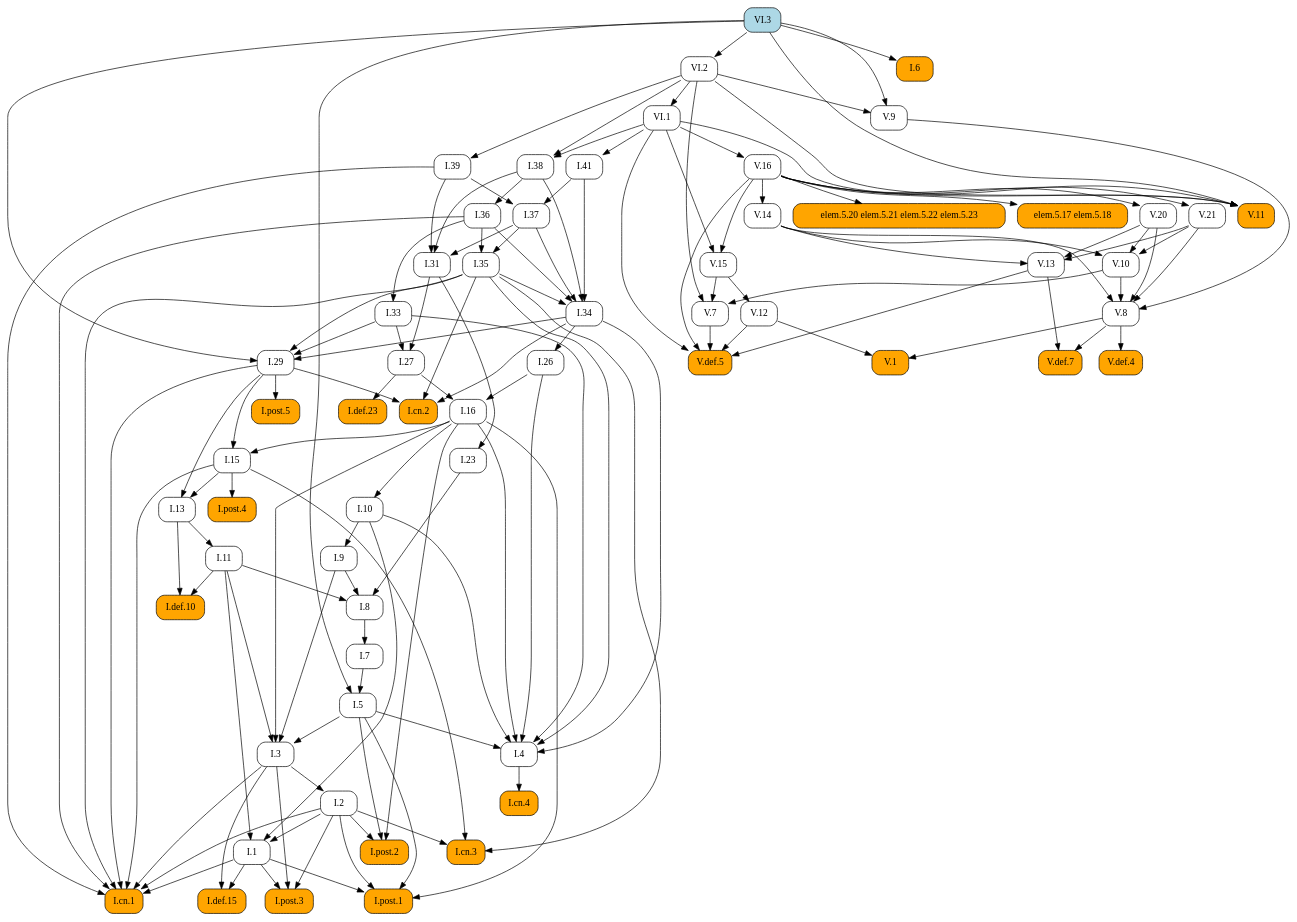
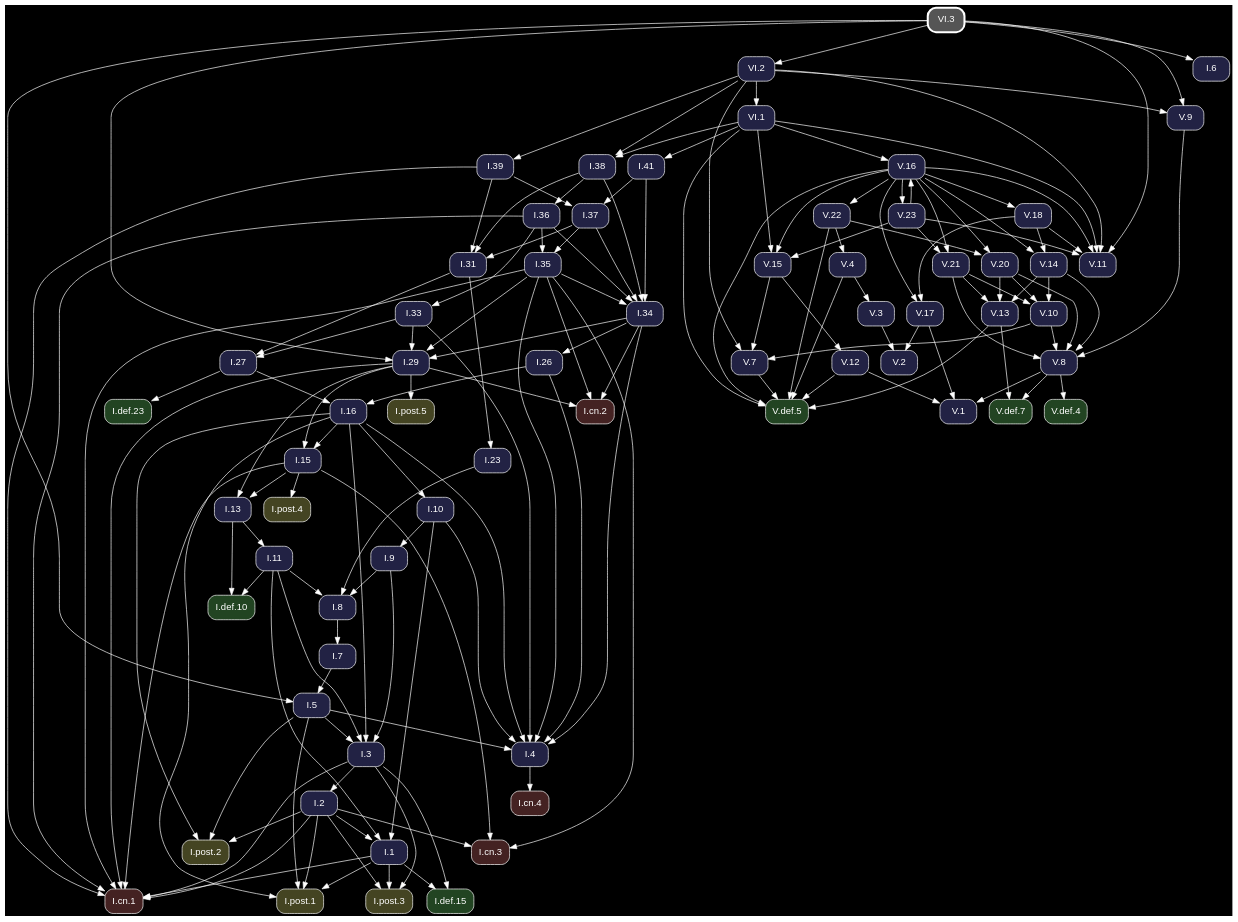
Before and after one commit to geometor/elements: the diagram in docsrc/heath/VI/3/index.rst, drawn with Graphviz. The commit also changed other lines of this file and 1200 other files, not shown here.

Commit message:
update dependency graphs

```diff
--- a/docsrc/heath/VI/3/index.rst
+++ b/docsrc/heath/VI/3/index.rst
@@ -78,126 +78,78 @@
 .. graphviz::
 
    digraph {
+     bgcolor="black";
+     node [shape=box, style="rounded,filled", fontname="Helvetica", color="white", fontcolor="white"];
+     edge [color="white", fontcolor="white"];
      rankdir="TB";
-     node [shape=box, style=rounded];
-     "V.16" [URL="/heath/V/16/", target="_top"];
-     "I.23" [URL="/heath/I/23/", target="_top"];
-     "I.9" [URL="/heath/I/9/", target="_top"];
-     "I.33" [URL="/heath/I/33/", target="_top"];
-     "I.def.15" [style="rounded,filled", fillcolor=orange, URL="/heath/I/def.15/", target="_top"];
-     "V.13" [URL="/heath/V/13/", target="_top"];
-     "V.7" [URL="/heath/V/7/", target="_top"];
-     "elem.5.17 elem.5.18" [style="rounded,filled", fillcolor=orange];
-     "I.post.3" [style="rounded,filled", fillcolor=orange, URL="/heath/I/post.3/", target="_top"];
-     "I.post.1" [style="rounded,filled", fillcolor=orange, URL="/heath/I/post.1/", target="_top"];
-     "V.14" [URL="/heath/V/14/", target="_top"];
-     "V.def.5" [style="rounded,filled", fillcolor=orange, URL="/heath/V/def.5/", target="_top"];
-     "V.9" [URL="/heath/V/9/", target="_top"];
-     "I.31" [URL="/heath/I/31/", target="_top"];
-     "I.def.10" [style="rounded,filled", fillcolor=orange, URL="/heath/I/def.10/", target="_top"];
-     "V.10" [URL="/heath/V/10/", target="_top"];
-     "VI.1" [URL="/heath/VI/1/", target="_top"];
-     "I.27" [URL="/heath/I/27/", target="_top"];
-     "I.39" [URL="/heath/I/39/", target="_top"];
-     "V.20" [URL="/heath/V/20/", target="_top"];
-     "V.11" [style="rounded,filled", fillcolor=orange, URL="/heath/V/11/", target="_top"];
-     "I.34" [URL="/heath/I/34/", target="_top"];
-     "V.12" [URL="/heath/V/12/", target="_top"];
-     "I.3" [URL="/heath/I/3/", target="_top"];
-     "V.def.4" [style="rounded,filled", fillcolor=orange, URL="/heath/V/def.4/", target="_top"];
-     "I.35" [URL="/heath/I/35/", target="_top"];
-     "I.cn.1" [style="rounded,filled", fillcolor=orange, URL="/heath/I/cn.1/", target="_top"];
-     "V.def.7" [style="rounded,filled", fillcolor=orange, URL="/heath/V/def.7/", target="_top"];
-     "I.7" [URL="/heath/I/7/", target="_top"];
-     "I.2" [URL="/heath/I/2/", target="_top"];
-     "V.21" [URL="/heath/V/21/", target="_top"];
-     "I.36" [URL="/heath/I/36/", target="_top"];
-     "I.13" [URL="/heath/I/13/", target="_top"];
-     "I.post.4" [style="rounded,filled", fillcolor=orange, URL="/heath/I/post.4/", target="_top"];
-     "I.4" [URL="/heath/I/4/", target="_top"];
-     "I.1" [URL="/heath/I/1/", target="_top"];
-     "I.5" [URL="/heath/I/5/", target="_top"];
-     "I.37" [URL="/heath/I/37/", target="_top"];
-     "I.8" [URL="/heath/I/8/", target="_top"];
-     "VI.3" [style="rounded,filled", fillcolor=lightblue, URL="/heath/VI/3/", target="_top"];
-     "I.29" [URL="/heath/I/29/", target="_top"];
-     "I.cn.3" [style="rounded,filled", fillcolor=orange, URL="/heath/I/cn.3/", target="_top"];
-     "I.16" [URL="/heath/I/16/", target="_top"];
-     "I.38" [URL="/heath/I/38/", target="_top"];
-     "V.8" [URL="/heath/V/8/", target="_top"];
-     "I.15" [URL="/heath/I/15/", target="_top"];
-     "V.1" [style="rounded,filled", fillcolor=orange, URL="/heath/V/1/", target="_top"];
-     "I.11" [URL="/heath/I/11/", target="_top"];
-     "I.def.23" [style="rounded,filled", fillcolor=orange, URL="/heath/I/def.23/", target="_top"];
-     "I.10" [URL="/heath/I/10/", target="_top"];
-     "I.cn.2" [style="rounded,filled", fillcolor=orange, URL="/heath/I/cn.2/", target="_top"];
-     "I.post.5" [style="rounded,filled", fillcolor=orange, URL="/heath/I/post.5/", target="_top"];
-     "VI.2" [URL="/heath/VI/2/", target="_top"];
-     "I.cn.4" [style="rounded,filled", fillcolor=orange, URL="/heath/I/cn.4/", target="_top"];
-     "I.post.2" [style="rounded,filled", fillcolor=orange, URL="/heath/I/post.2/", target="_top"];
-     "I.41" [URL="/heath/I/41/", target="_top"];
-     "V.15" [URL="/heath/V/15/", target="_top"];
-     "I.26" [URL="/heath/I/26/", target="_top"];
-     "I.6" [style="rounded,filled", fillcolor=orange, URL="/heath/I/6/", target="_top"];
-     "elem.5.20 elem.5.21 elem.5.22 elem.5.23" [style="rounded,filled", fillcolor=orange];
-     "VI.1" -> "V.16";
-     "I.31" -> "I.23";
-     "I.10" -> "I.9";
-     "I.36" -> "I.33";
-     "I.1" -> "I.def.15";
-     "I.3" -> "I.def.15";
-     "V.14" -> "V.13";
-     "V.20" -> "V.13";
-     "V.21" -> "V.13";
-     "V.10" -> "V.7";
-     "V.15" -> "V.7";
-     "VI.2" -> "V.7";
-     "V.16" -> "elem.5.17 elem.5.18";
-     "I.1" -> "I.post.3";
-     "I.2" -> "I.post.3";
-     "I.3" -> "I.post.3";
-     "I.1" -> "I.post.1";
-     "I.2" -> "I.post.1";
-     "I.5" -> "I.post.1";
-     "I.16" -> "I.post.1";
-     "V.16" -> "V.14";
-     "V.7" -> "V.def.5";
-     "V.12" -> "V.def.5";
-     "V.13" -> "V.def.5";
-     "V.16" -> "V.def.5";
-     "VI.1" -> "V.def.5";
-     "VI.2" -> "V.9";
-     "VI.3" -> "V.9";
-     "I.37" -> "I.31";
-     "I.38" -> "I.31";
-     "I.39" -> "I.31";
-     "I.11" -> "I.def.10";
-     "I.13" -> "I.def.10";
-     "V.14" -> "V.10";
-     "V.20" -> "V.10";
-     "V.21" -> "V.10";
-     "VI.2" -> "VI.1";
-     "I.31" -> "I.27";
-     "I.33" -> "I.27";
-     "VI.2" -> "I.39";
-     "V.16" -> "V.20";
-     "V.16" -> "V.11";
-     "VI.1" -> "V.11";
-     "VI.2" -> "V.11";
-     "VI.3" -> "V.11";
-     "I.35" -> "I.34";
-     "I.36" -> "I.34";
-     "I.37" -> "I.34";
-     "I.38" -> "I.34";
-     "I.41" -> "I.34";
-     "V.15" -> "V.12";
-     "I.5" -> "I.3";
-     "I.9" -> "I.3";
-     "I.11" -> "I.3";
-     "I.16" -> "I.3";
-     "V.8" -> "V.def.4";
-     "I.36" -> "I.35";
-     "I.37" -> "I.35";
+     "V.15" [fillcolor="#222244", URL="/heath/V/15/", target="_top"];
+     "I.cn.1" [fillcolor="#442222", URL="/heath/I/cn.1/", target="_top"];
+     "V.18" [fillcolor="#222244", URL="/heath/V/18/", target="_top"];
+     "V.14" [fillcolor="#222244", URL="/heath/V/14/", target="_top"];
+     "I.27" [fillcolor="#222244", URL="/heath/I/27/", target="_top"];
+     "V.23" [fillcolor="#222244", URL="/heath/V/23/", target="_top"];
+     "I.2" [fillcolor="#222244", URL="/heath/I/2/", target="_top"];
+     "I.41" [fillcolor="#222244", URL="/heath/I/41/", target="_top"];
+     "I.post.4" [fillcolor="#444422", URL="/heath/I/post.4/", target="_top"];
+     "I.26" [fillcolor="#222244", URL="/heath/I/26/", target="_top"];
+     "I.8" [fillcolor="#222244", URL="/heath/I/8/", target="_top"];
+     "V.4" [fillcolor="#222244", URL="/heath/V/4/", target="_top"];
+     "V.16" [fillcolor="#222244", URL="/heath/V/16/", target="_top"];
+     "VI.2" [fillcolor="#222244", URL="/heath/VI/2/", target="_top"];
+     "I.7" [fillcolor="#222244", URL="/heath/I/7/", target="_top"];
+     "I.5" [fillcolor="#222244", URL="/heath/I/5/", target="_top"];
+     "V.11" [fillcolor="#222244", URL="/heath/V/11/", target="_top"];
+     "V.def.4" [fillcolor="#224422", URL="/heath/V/def.4/", target="_top"];
+     "V.20" [fillcolor="#222244", URL="/heath/V/20/", target="_top"];
+     "I.11" [fillcolor="#222244", URL="/heath/I/11/", target="_top"];
+     "I.37" [fillcolor="#222244", URL="/heath/I/37/", target="_top"];
+     "I.cn.3" [fillcolor="#442222", URL="/heath/I/cn.3/", target="_top"];
+     "I.36" [fillcolor="#222244", URL="/heath/I/36/", target="_top"];
+     "I.38" [fillcolor="#222244", URL="/heath/I/38/", target="_top"];
+     "I.post.2" [fillcolor="#444422", URL="/heath/I/post.2/", target="_top"];
+     "I.def.23" [fillcolor="#224422", URL="/heath/I/def.23/", target="_top"];
+     "I.35" [fillcolor="#222244", URL="/heath/I/35/", target="_top"];
+     "I.post.3" [fillcolor="#444422", URL="/heath/I/post.3/", target="_top"];
+     "V.13" [fillcolor="#222244", URL="/heath/V/13/", target="_top"];
+     "V.8" [fillcolor="#222244", URL="/heath/V/8/", target="_top"];
+     "I.33" [fillcolor="#222244", URL="/heath/I/33/", target="_top"];
+     "VI.3" [penwidth=3, color="white", fillcolor="#555555", URL="/heath/VI/3/", target="_top"];
+     "V.10" [fillcolor="#222244", URL="/heath/V/10/", target="_top"];
+     "V.def.5" [fillcolor="#224422", URL="/heath/V/def.5/", target="_top"];
+     "V.22" [fillcolor="#222244", URL="/heath/V/22/", target="_top"];
+     "I.6" [fillcolor="#222244", URL="/heath/I/6/", target="_top"];
+     "I.31" [fillcolor="#222244", URL="/heath/I/31/", target="_top"];
+     "I.3" [fillcolor="#222244", URL="/heath/I/3/", target="_top"];
+     "V.12" [fillcolor="#222244", URL="/heath/V/12/", target="_top"];
+     "I.def.10" [fillcolor="#224422", URL="/heath/I/def.10/", target="_top"];
+     "I.15" [fillcolor="#222244", URL="/heath/I/15/", target="_top"];
+     "I.39" [fillcolor="#222244", URL="/heath/I/39/", target="_top"];
+     "I.13" [fillcolor="#222244", URL="/heath/I/13/", target="_top"];
+     "I.cn.2" [fillcolor="#442222", URL="/heath/I/cn.2/", target="_top"];
+     "I.9" [fillcolor="#222244", URL="/heath/I/9/", target="_top"];
+     "I.1" [fillcolor="#222244", URL="/heath/I/1/", target="_top"];
+     "I.post.5" [fillcolor="#444422", URL="/heath/I/post.5/", target="_top"];
+     "I.23" [fillcolor="#222244", URL="/heath/I/23/", target="_top"];
+     "I.4" [fillcolor="#222244", URL="/heath/I/4/", target="_top"];
+     "V.7" [fillcolor="#222244", URL="/heath/V/7/", target="_top"];
+     "V.9" [fillcolor="#222244", URL="/heath/V/9/", target="_top"];
+     "VI.1" [fillcolor="#222244", URL="/heath/VI/1/", target="_top"];
+     "I.10" [fillcolor="#222244", URL="/heath/I/10/", target="_top"];
+     "V.def.7" [fillcolor="#224422", URL="/heath/V/def.7/", target="_top"];
+     "I.post.1" [fillcolor="#444422", URL="/heath/I/post.1/", target="_top"];
+     "I.16" [fillcolor="#222244", URL="/heath/I/16/", target="_top"];
+     "I.29" [fillcolor="#222244", URL="/heath/I/29/", target="_top"];
+     "I.cn.4" [fillcolor="#442222", URL="/heath/I/cn.4/", target="_top"];
+     "V.2" [fillcolor="#222244", URL="/heath/V/2/", target="_top"];
+     "V.1" [fillcolor="#222244", URL="/heath/V/1/", target="_top"];
+     "V.21" [fillcolor="#222244", URL="/heath/V/21/", target="_top"];
+     "I.34" [fillcolor="#222244", URL="/heath/I/34/", target="_top"];
+     "I.def.15" [fillcolor="#224422", URL="/heath/I/def.15/", target="_top"];
+     "V.3" [fillcolor="#222244", URL="/heath/V/3/", target="_top"];
+     "V.17" [fillcolor="#222244", URL="/heath/V/17/", target="_top"];
+     "V.16" -> "V.15";
+     "V.23" -> "V.15";
+     "VI.1" -> "V.15";
      "I.1" -> "I.cn.1";
      "I.2" -> "I.cn.1";
      "I.3" -> "I.cn.1";
@@ -206,15 +158,98 @@
      "I.35" -> "I.cn.1";
      "I.36" -> "I.cn.1";
      "I.39" -> "I.cn.1";
-     "V.8" -> "V.def.7";
-     "V.13" -> "V.def.7";
+     "V.16" -> "V.18";
+     "V.16" -> "V.14";
+     "V.18" -> "V.14";
+     "I.31" -> "I.27";
+     "I.33" -> "I.27";
+     "V.16" -> "V.23";
+     "I.3" -> "I.2";
+     "VI.1" -> "I.41";
+     "I.15" -> "I.post.4";
+     "I.34" -> "I.26";
+     "I.9" -> "I.8";
+     "I.11" -> "I.8";
+     "I.23" -> "I.8";
+     "V.22" -> "V.4";
+     "V.23" -> "V.16";
+     "VI.1" -> "V.16";
+     "VI.3" -> "VI.2";
      "I.8" -> "I.7";
-     "I.3" -> "I.2";
-     "V.16" -> "V.21";
+     "I.7" -> "I.5";
+     "VI.3" -> "I.5";
+     "V.16" -> "V.11";
+     "V.18" -> "V.11";
+     "V.23" -> "V.11";
+     "VI.1" -> "V.11";
+     "VI.2" -> "V.11";
+     "VI.3" -> "V.11";
+     "V.8" -> "V.def.4";
+     "V.16" -> "V.20";
+     "V.22" -> "V.20";
+     "I.13" -> "I.11";
+     "I.39" -> "I.37";
+     "I.41" -> "I.37";
+     "I.2" -> "I.cn.3";
+     "I.15" -> "I.cn.3";
+     "I.35" -> "I.cn.3";
      "I.38" -> "I.36";
+     "VI.1" -> "I.38";
+     "VI.2" -> "I.38";
+     "I.2" -> "I.post.2";
+     "I.5" -> "I.post.2";
+     "I.16" -> "I.post.2";
+     "I.27" -> "I.def.23";
+     "I.36" -> "I.35";
+     "I.37" -> "I.35";
+     "I.1" -> "I.post.3";
+     "I.2" -> "I.post.3";
+     "I.3" -> "I.post.3";
+     "V.14" -> "V.13";
+     "V.20" -> "V.13";
+     "V.21" -> "V.13";
+     "V.9" -> "V.8";
+     "V.10" -> "V.8";
+     "V.14" -> "V.8";
+     "V.20" -> "V.8";
+     "V.21" -> "V.8";
+     "I.36" -> "I.33";
+     "V.14" -> "V.10";
+     "V.20" -> "V.10";
+     "V.21" -> "V.10";
+     "V.4" -> "V.def.5";
+     "V.7" -> "V.def.5";
+     "V.12" -> "V.def.5";
+     "V.13" -> "V.def.5";
+     "V.16" -> "V.def.5";
+     "V.22" -> "V.def.5";
+     "VI.1" -> "V.def.5";
+     "V.16" -> "V.22";
+     "VI.3" -> "I.6";
+     "I.37" -> "I.31";
+     "I.38" -> "I.31";
+     "I.39" -> "I.31";
+     "I.5" -> "I.3";
+     "I.9" -> "I.3";
+     "I.11" -> "I.3";
+     "I.16" -> "I.3";
+     "V.15" -> "V.12";
+     "I.11" -> "I.def.10";
+     "I.13" -> "I.def.10";
+     "I.16" -> "I.15";
+     "I.29" -> "I.15";
+     "VI.2" -> "I.39";
      "I.15" -> "I.13";
      "I.29" -> "I.13";
-     "I.15" -> "I.post.4";
+     "I.29" -> "I.cn.2";
+     "I.34" -> "I.cn.2";
+     "I.35" -> "I.cn.2";
+     "I.10" -> "I.9";
+     "I.2" -> "I.1";
+     "I.10" -> "I.1";
+     "I.11" -> "I.1";
+     "I.29" -> "I.post.5";
+     "I.31" -> "I.23";
      "I.5" -> "I.4";
      "I.10" -> "I.4";
      "I.16" -> "I.4";
@@ -222,52 +257,41 @@
      "I.33" -> "I.4";
      "I.34" -> "I.4";
      "I.35" -> "I.4";
-     "I.2" -> "I.1";
-     "I.10" -> "I.1";
-     "I.11" -> "I.1";
-     "I.7" -> "I.5";
-     "VI.3" -> "I.5";
-     "I.39" -> "I.37";
-     "I.41" -> "I.37";
-     "I.9" -> "I.8";
-     "I.11" -> "I.8";
-     "I.23" -> "I.8";
+     "V.10" -> "V.7";
+     "V.15" -> "V.7";
+     "VI.2" -> "V.7";
+     "VI.2" -> "V.9";
+     "VI.3" -> "V.9";
+     "VI.2" -> "VI.1";
+     "I.16" -> "I.10";
+     "V.8" -> "V.def.7";
+     "V.13" -> "V.def.7";
+     "I.1" -> "I.post.1";
+     "I.2" -> "I.post.1";
+     "I.5" -> "I.post.1";
+     "I.16" -> "I.post.1";
+     "I.26" -> "I.16";
+     "I.27" -> "I.16";
      "I.33" -> "I.29";
      "I.34" -> "I.29";
      "I.35" -> "I.29";
      "VI.3" -> "I.29";
-     "I.2" -> "I.cn.3";
-     "I.15" -> "I.cn.3";
-     "I.35" -> "I.cn.3";
-     "I.26" -> "I.16";
-     "I.27" -> "I.16";
-     "VI.1" -> "I.38";
-     "VI.2" -> "I.38";
-     "V.9" -> "V.8";
-     "V.10" -> "V.8";
-     "V.14" -> "V.8";
-     "V.20" -> "V.8";
-     "V.21" -> "V.8";
-     "I.16" -> "I.15";
-     "I.29" -> "I.15";
+     "I.4" -> "I.cn.4";
+     "V.3" -> "V.2";
+     "V.17" -> "V.2";
      "V.8" -> "V.1";
      "V.12" -> "V.1";
-     "I.13" -> "I.11";
-     "I.27" -> "I.def.23";
-     "I.16" -> "I.10";
-     "I.29" -> "I.cn.2";
-     "I.34" -> "I.cn.2";
-     "I.35" -> "I.cn.2";
-     "I.29" -> "I.post.5";
-     "VI.3" -> "VI.2";
-     "I.4" -> "I.cn.4";
-     "I.2" -> "I.post.2";
-     "I.5" -> "I.post.2";
-     "I.16" -> "I.post.2";
-     "VI.1" -> "I.41";
-     "V.16" -> "V.15";
-     "VI.1" -> "V.15";
-     "I.34" -> "I.26";
-     "VI.3" -> "I.6";
-     "V.16" -> "elem.5.20 elem.5.21 elem.5.22 elem.5.23";
+     "V.17" -> "V.1";
+     "V.16" -> "V.21";
+     "V.23" -> "V.21";
+     "I.35" -> "I.34";
+     "I.36" -> "I.34";
+     "I.37" -> "I.34";
+     "I.38" -> "I.34";
+     "I.41" -> "I.34";
+     "I.1" -> "I.def.15";
+     "I.3" -> "I.def.15";
+     "V.4" -> "V.3";
+     "V.16" -> "V.17";
+     "V.18" -> "V.17";
    }
```
